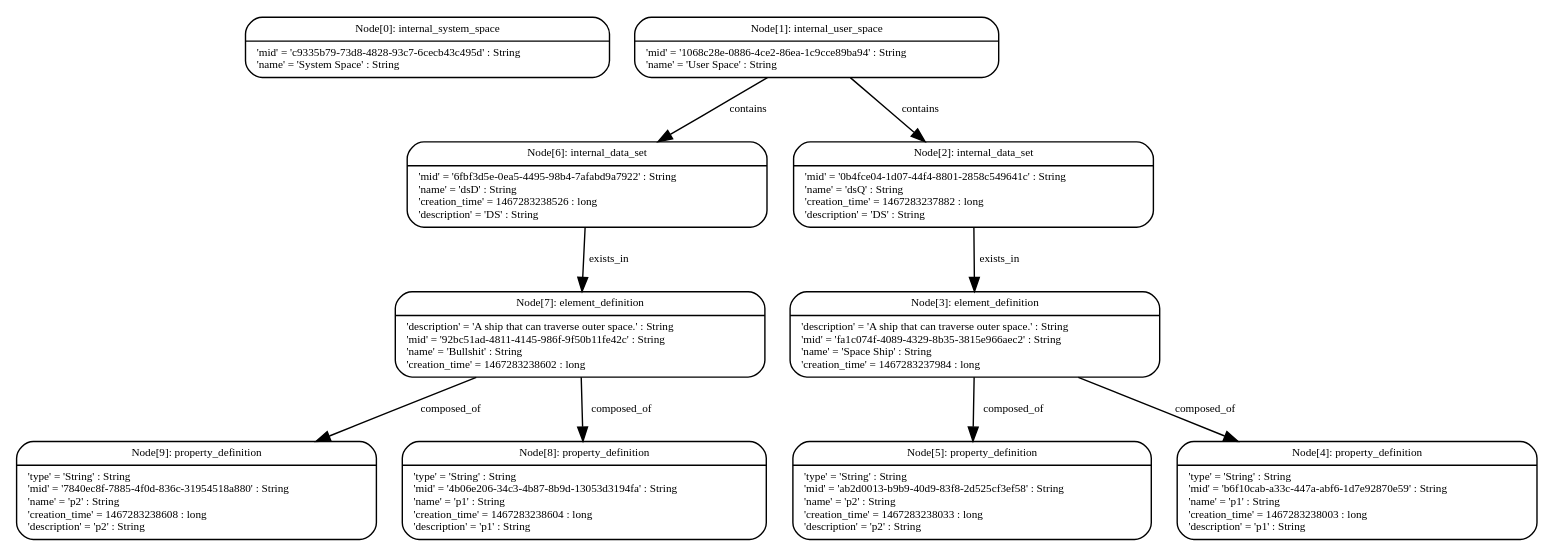
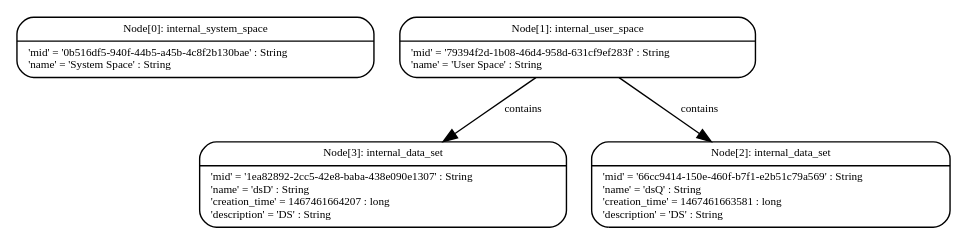
One commit to sholloway/graph-engine changed the diagram in viz/temp.dot. Above: the diagram before and after it, drawn with Graphviz. The commit also changed 2 other files, not shown here.

Commit message:
Repaired SystemSpaceSpec tests.

```diff
--- a/viz/temp.dot
+++ b/viz/temp.dot
@@ -1,65 +1,29 @@
 digraph Neo {
   node [
     fontsize = "8"
     shape = "Mrecord"
     fontname = "Bitstream Vera Sans"
   ]
   edge [
     fontname = "Bitstream Vera Sans"
     fontsize = "8"
   ]
   N0 [
-    label = "{Node\[0\]: internal_system_space|'mid' = 'c9335b79-73d8-4828-93c7-6cecb43c495d' : String\l'name' = 'System Space' : String\l}"
+    label = "{Node\[0\]: internal_system_space|'mid' = '0b516df5-940f-44b5-a45b-4c8f2b130bae' : String\l'name' = 'System Space' : String\l}"
   ]
   N1 [
-    label = "{Node\[1\]: internal_user_space|'mid' = '1068c28e-0886-4ce2-86ea-1c9cce89ba94' : String\l'name' = 'User Space' : String\l}"
+    label = "{Node\[1\]: internal_user_space|'mid' = '79394f2d-1b08-46d4-958d-631cf9ef283f' : String\l'name' = 'User Space' : String\l}"
   ]
-  N1 -> N6 [
+  N1 -> N3 [
     label = "contains\n"
   ]
   N1 -> N2 [
     label = "contains\n"
   ]
   N2 [
-    label = "{Node\[2\]: internal_data_set|'mid' = '0b4fce04-1d07-44f4-8801-2858c549641c' : String\l'name' = 'dsQ' : String\l'creation_time' = 1467283237882 : long\l'description' = 'DS' : String\l}"
-  ]
-  N2 -> N3 [
-    label = "exists_in\n"
+    label = "{Node\[2\]: internal_data_set|'mid' = '66cc9414-150e-460f-b7f1-e2b51c79a569' : String\l'name' = 'dsQ' : String\l'creation_time' = 1467461663581 : long\l'description' = 'DS' : String\l}"
   ]
   N3 [
-    label = "{Node\[3\]: element_definition|'description' = 'A ship that can traverse outer space.' : String\l'mid' = 'fa1c074f-4089-4329-8b35-3815e966aec2' : String\l'name' = 'Space Ship' : String\l'creation_time' = 1467283237984 : long\l}"
-  ]
-  N3 -> N5 [
-    label = "composed_of\n"
-  ]
-  N3 -> N4 [
-    label = "composed_of\n"
-  ]
-  N4 [
-    label = "{Node\[4\]: property_definition|'type' = 'String' : String\l'mid' = 'b6f10cab-a33c-447a-abf6-1d7e92870e59' : String\l'name' = 'p1' : String\l'creation_time' = 1467283238003 : long\l'description' = 'p1' : String\l}"
-  ]
-  N5 [
-    label = "{Node\[5\]: property_definition|'type' = 'String' : String\l'mid' = 'ab2d0013-b9b9-40d9-83f8-2d525cf3ef58' : String\l'name' = 'p2' : String\l'creation_time' = 1467283238033 : long\l'description' = 'p2' : String\l}"
-  ]
-  N6 [
-    label = "{Node\[6\]: internal_data_set|'mid' = '6fbf3d5e-0ea5-4495-98b4-7afabd9a7922' : String\l'name' = 'dsD' : String\l'creation_time' = 1467283238526 : long\l'description' = 'DS' : String\l}"
-  ]
-  N6 -> N7 [
-    label = "exists_in\n"
-  ]
-  N7 [
-    label = "{Node\[7\]: element_definition|'description' = 'A ship that can traverse outer space.' : String\l'mid' = '92bc51ad-4811-4145-986f-9f50b11fe42c' : String\l'name' = 'Bullshit' : String\l'creation_time' = 1467283238602 : long\l}"
-  ]
-  N7 -> N9 [
-    label = "composed_of\n"
-  ]
-  N7 -> N8 [
-    label = "composed_of\n"
-  ]
-  N8 [
-    label = "{Node\[8\]: property_definition|'type' = 'String' : String\l'mid' = '4b06e206-34c3-4b87-8b9d-13053d3194fa' : String\l'name' = 'p1' : String\l'creation_time' = 1467283238604 : long\l'description' = 'p1' : String\l}"
-  ]
-  N9 [
-    label = "{Node\[9\]: property_definition|'type' = 'String' : String\l'mid' = '7840ec8f-7885-4f0d-836c-31954518a880' : String\l'name' = 'p2' : String\l'creation_time' = 1467283238608 : long\l'description' = 'p2' : String\l}"
+    label = "{Node\[3\]: internal_data_set|'mid' = '1ea82892-2cc5-42e8-baba-438e090e1307' : String\l'name' = 'dsD' : String\l'creation_time' = 1467461664207 : long\l'description' = 'DS' : String\l}"
   ]
 }
```
